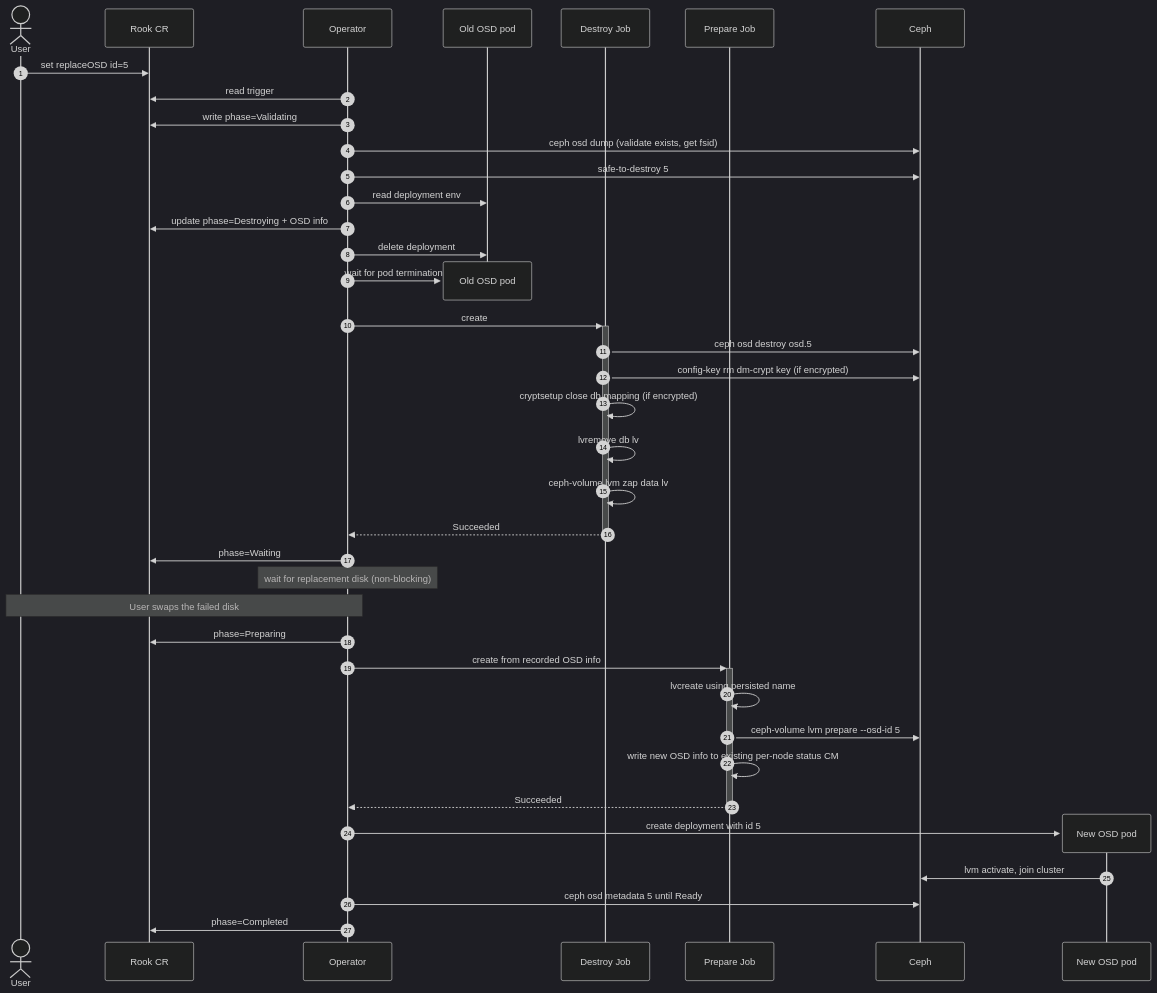
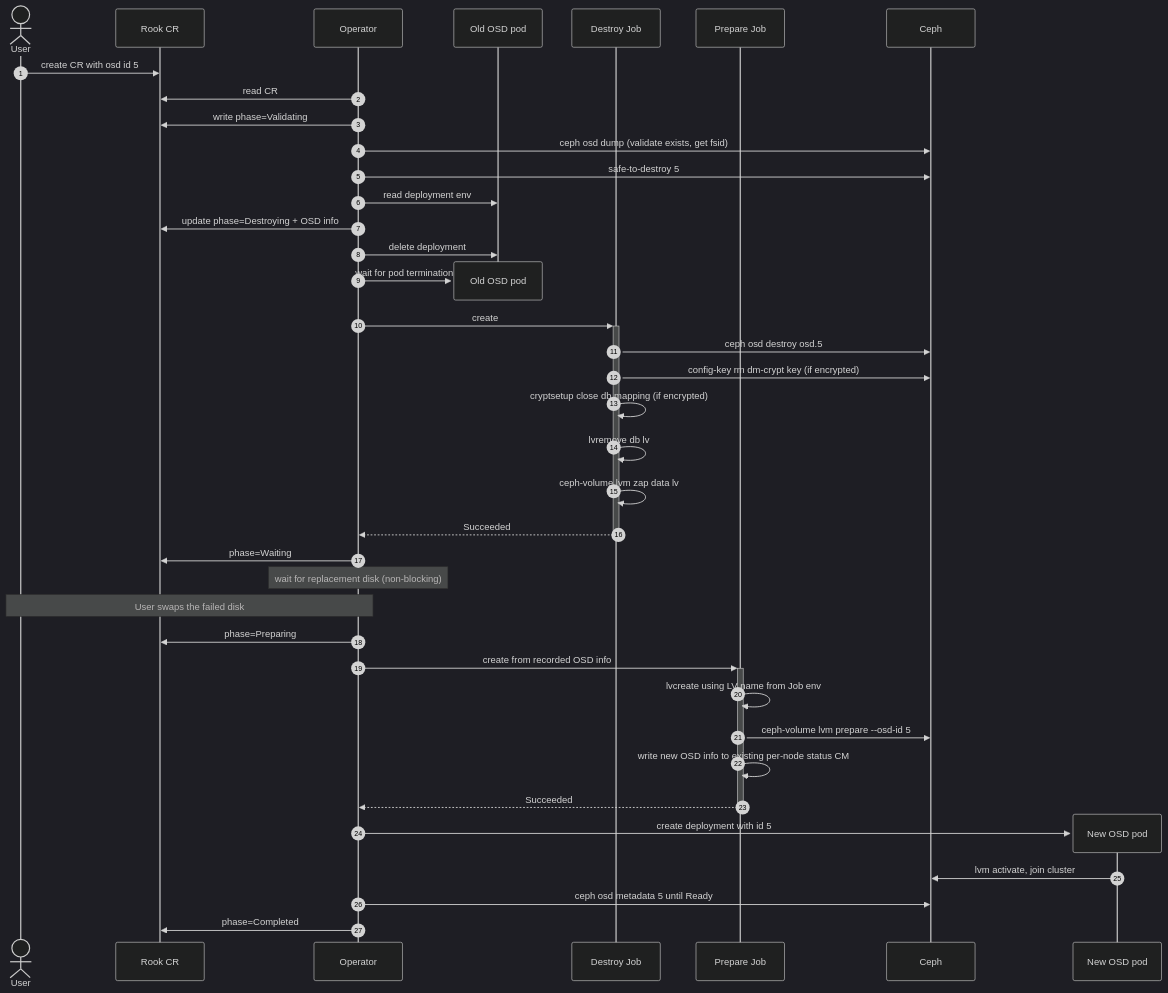
One commit to rook/rook changed the diagram in osd-design.md. Above: the diagram before and after it, drawn with Mermaid (dark theme). The commit also changed other lines of this file, not shown here.

````diff
--- a/osd-design.md
+++ b/osd-design.md
@@ -70,43 +71,43 @@
 ```mermaid
 sequenceDiagram
     autonumber
     actor User
     participant CR as Rook CR
     participant Op as Operator
     participant OldPod as Old OSD pod
     participant DJ as Destroy Job
     participant PJ as Prepare Job
     participant Ceph as Ceph
 
-    User->>CR: set replaceOSD id=5
-    Op->>CR: read trigger
+    User->>CR: create CR with osd id 5
+    Op->>CR: read CR
     Op->>CR: write phase=Validating
     Op->>Ceph: ceph osd dump (validate exists, get fsid)
     Op->>Ceph: safe-to-destroy 5
     Op->>OldPod: read deployment env
     Op->>CR: update phase=Destroying + OSD info
     Op->>OldPod: delete deployment
     destroy OldPod
     Op->>OldPod: wait for pod termination
     Op->>+DJ: create
     DJ->>Ceph: ceph osd destroy osd.5
     DJ->>Ceph: config-key rm dm-crypt key (if encrypted)
     DJ->>DJ: cryptsetup close db mapping (if encrypted)
     DJ->>DJ: lvremove db lv
     DJ->>DJ: ceph-volume lvm zap data lv
     DJ-->>-Op: Succeeded
     Op->>CR: phase=Waiting
     Note over Op: wait for replacement disk (non-blocking)
     Note over User,Op: User swaps the failed disk
     Op->>CR: phase=Preparing
     Op->>+PJ: create from recorded OSD info
-    PJ->>PJ: lvcreate using persisted name
+    PJ->>PJ: lvcreate using LV name from Job env
     PJ->>Ceph: ceph-volume lvm prepare --osd-id 5
     PJ->>PJ: write new OSD info to existing per-node status CM
     PJ-->>-Op: Succeeded
     create participant NewPod as New OSD pod
     Op->>NewPod: create deployment with id 5
     NewPod->>Ceph: lvm activate, join cluster
     Op->>Ceph: ceph osd metadata 5 until Ready
     Op->>CR: phase=Completed
 ```
````
